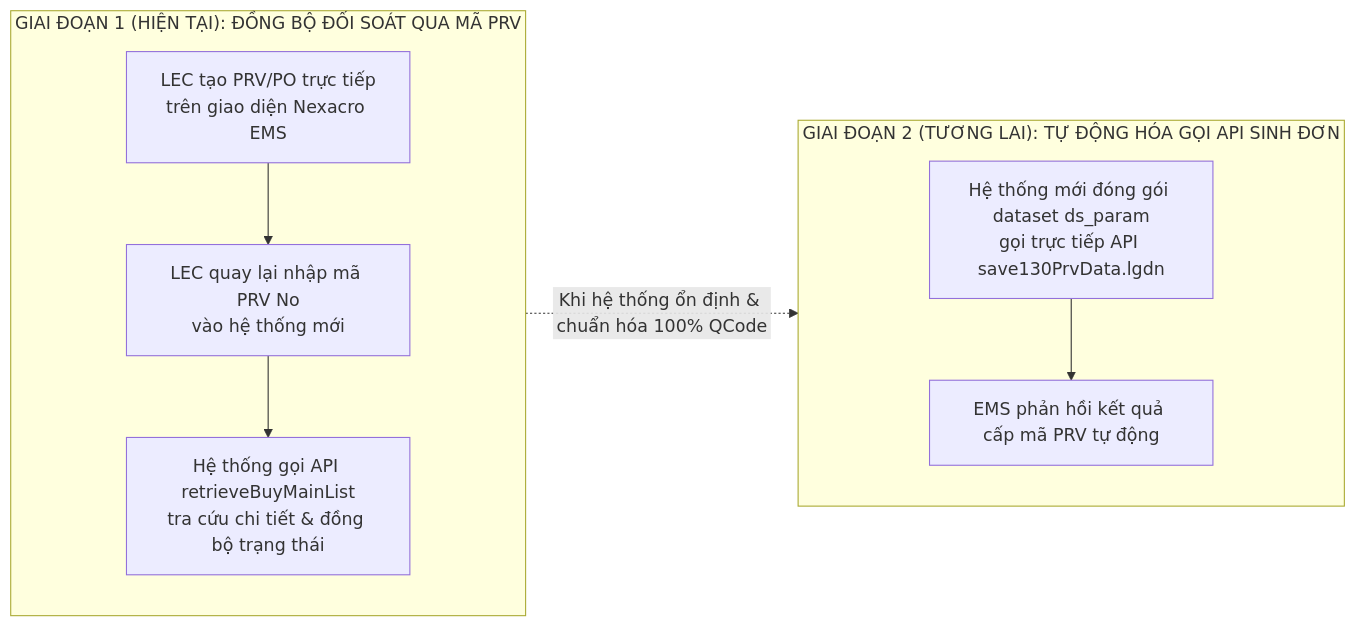
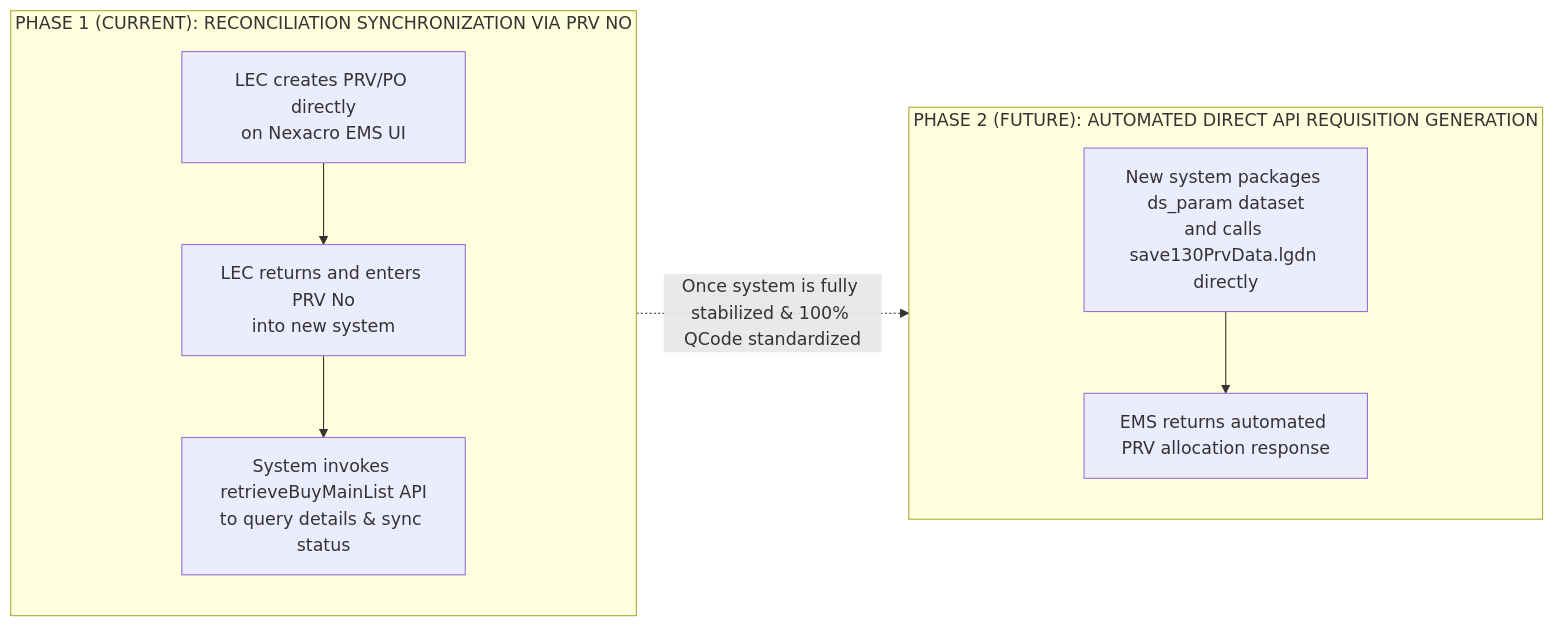
Before and after one commit to longphamduc-vn/ops-workflow: the diagram in procurement-system/07-integration-and-api-specs/01-ems-nexacro-integration-strategy.md, drawn with Mermaid. The commit also changed other lines of this file and 28 other files, not shown here.

````diff
--- a/procurement-system/07-integration-and-api-specs/01-ems-nexacro-integration-strategy.md
+++ b/procurement-system/07-integration-and-api-specs/01-ems-nexacro-integration-strategy.md
@@ -33,13 +33,13 @@
 ```mermaid
 flowchart LR
-    subgraph Phase1["GIAI ĐOẠN 1 (HIỆN TẠI): ĐỒNG BỘ ĐỐI SOÁT QUA MÃ PRV"]
-        P1_LEC["LEC tạo PRV/PO trực tiếp\ntrên giao diện Nexacro EMS"] --> P1_INPUT["LEC quay lại nhập mã PRV No\nvào hệ thống mới"]
-        P1_INPUT --> P1_FETCH["Hệ thống gọi API retrieveBuyMainList\ntra cứu chi tiết & đồng bộ trạng thái"]
+    subgraph Phase1["PHASE 1 (CURRENT): RECONCILIATION SYNCHRONIZATION VIA PRV NO"]
+        P1_LEC["LEC creates PRV/PO directly\non Nexacro EMS UI"] --> P1_INPUT["LEC returns and enters PRV No\ninto new system"]
+        P1_INPUT --> P1_FETCH["System invokes retrieveBuyMainList API\nto query details & sync status"]
     end
 
-    subgraph Phase2["GIAI ĐOẠN 2 (TƯƠNG LAI): TỰ ĐỘNG HÓA GỌI API SINH ĐƠN"]
-        P2_AUTO["Hệ thống mới đóng gói dataset ds_param\ngọi trực tiếp API save130PrvData.lgdn"] --> P2_RES["EMS phản hồi kết quả cấp mã PRV tự động"]
+    subgraph Phase2["PHASE 2 (FUTURE): AUTOMATED DIRECT API REQUISITION GENERATION"]
+        P2_AUTO["New system packages ds_param dataset\nand calls save130PrvData.lgdn directly"] --> P2_RES["EMS returns automated PRV allocation response"]
     end
 
-    Phase1 -.->|"Khi hệ thống ổn định & chuẩn hóa 100% QCode"| Phase2
+    Phase1 -.->|"Once system is fully stabilized & 100% QCode standardized"| Phase2
 ```
````
